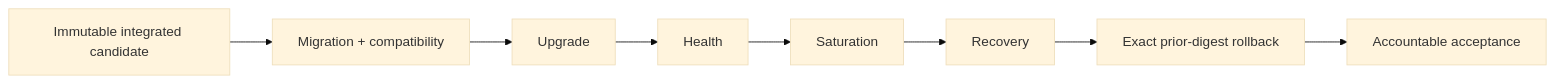
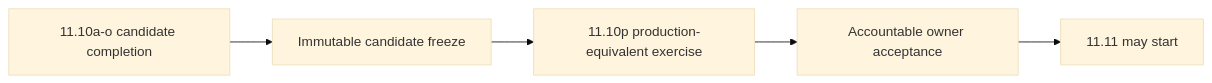
One commit to GJvManen/dtmo changed the diagram in docs/project/EXECUTIVE_STATUS.md. Above: the diagram before and after it, drawn with Mermaid (base theme). The commit also changed other lines of this file, not shown here.

````diff
--- a/docs/project/EXECUTIVE_STATUS.md
+++ b/docs/project/EXECUTIVE_STATUS.md
@@ -32,10 +54,7 @@
 ```mermaid
 flowchart LR
-    I[Immutable integrated candidate] --> M[Migration + compatibility]
-    M --> U[Upgrade]
-    U --> H[Health]
-    H --> S[Saturation]
-    S --> R[Recovery]
-    R --> B[Exact prior-digest rollback]
-    B --> A[Accountable acceptance]
+    C[11.10a-o candidate completion] --> F[Immutable candidate freeze]
+    F --> E[11.10p production-equivalent exercise]
+    E --> O[Accountable owner acceptance]
+    O --> A[11.11 may start]
 ```
````
